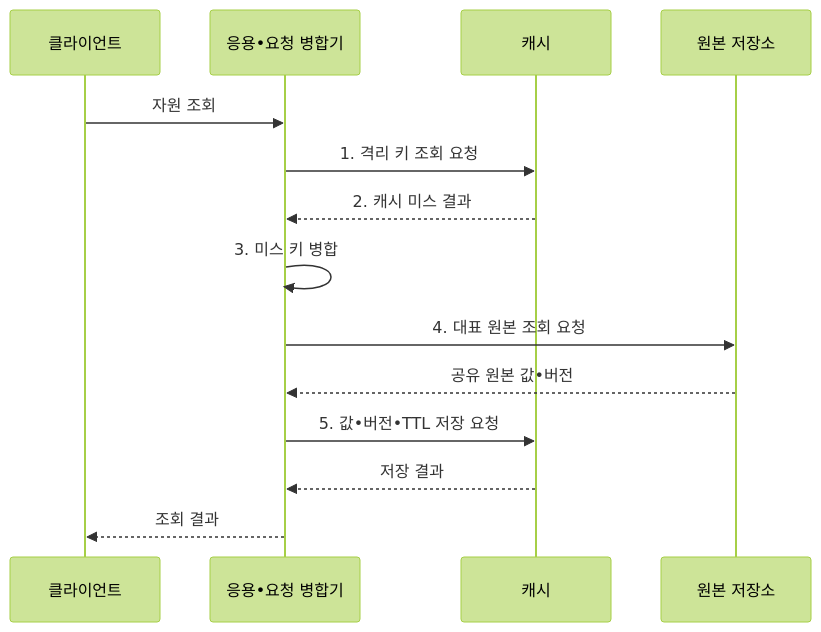
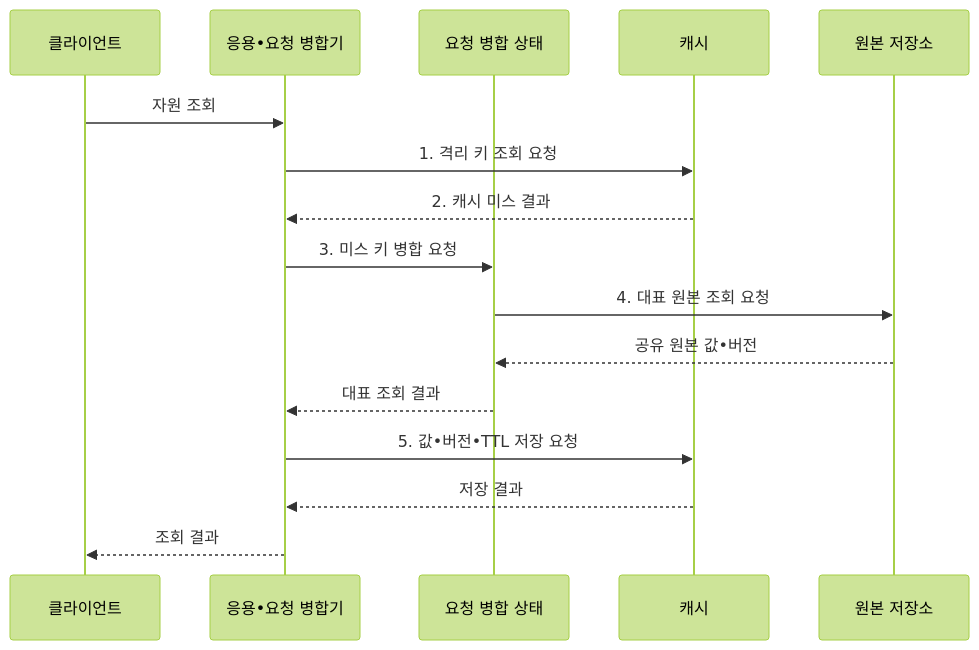
Before and after one commit to agnusdei1207/knowledge-base: the second of 2 diagrams in src/content/docs/notes/03-software/180_caching_strategy.md, drawn with Mermaid (forest theme). The commit also changed other lines of this file and 8 other files, not shown here.

````diff
--- a/src/content/docs/notes/03-software/180_caching_strategy.md
+++ b/src/content/docs/notes/03-software/180_caching_strategy.md
@@ -113,16 +113,18 @@
 ```mermaid
 sequenceDiagram
     participant U as 클라이언트
     participant A as 응용•요청 병합기
+    participant Q as 요청 병합 상태
     participant C as 캐시
     participant D as 원본 저장소
     U->>A: 자원 조회
     A->>C: 1. 격리 키 조회 요청
     C-->>A: 2. 캐시 미스 결과
-    A->>A: 3. 미스 키 병합
-    A->>D: 4. 대표 원본 조회 요청
-    D-->>A: 공유 원본 값•버전
+    A->>Q: 3. 미스 키 병합 요청
+    Q->>D: 4. 대표 원본 조회 요청
+    D-->>Q: 공유 원본 값•버전
+    Q-->>A: 대표 조회 결과
     A->>C: 5. 값•버전•TTL 저장 요청
     C-->>A: 저장 결과
     A-->>U: 조회 결과
 ```
````
